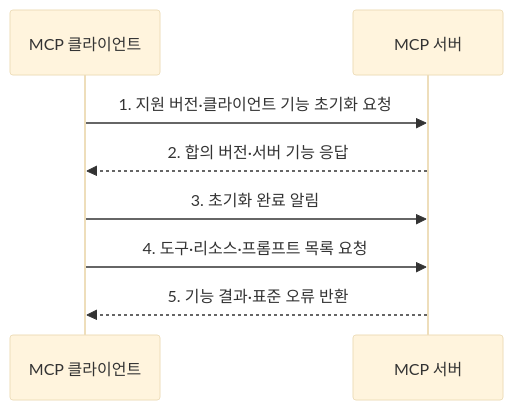
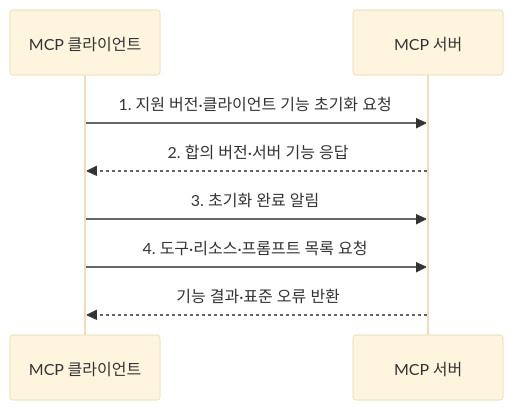
One commit to agnusdei1207/knowledge-base changed the second of 2 diagrams in src/content/docs/notes/08-latest-tech/006_model_context_protocol.md. Above: the diagram before and after it, drawn with Mermaid (base theme). The commit also changed other lines of this file and 225 other files, not shown here.

````diff
--- a/src/content/docs/notes/08-latest-tech/006_model_context_protocol.md
+++ b/src/content/docs/notes/08-latest-tech/006_model_context_protocol.md
@@ -78,10 +78,10 @@
 ```mermaid
 sequenceDiagram
     participant C as MCP 클라이언트
     participant S as MCP 서버
     C->>S: 1. 지원 버전·클라이언트 기능 초기화 요청
     S-->>C: 2. 합의 버전·서버 기능 응답
     C->>S: 3. 초기화 완료 알림
     C->>S: 4. 도구·리소스·프롬프트 목록 요청
-    S-->>C: 5. 기능 결과·표준 오류 반환
+    S-->>C: 기능 결과·표준 오류 반환
 ```
````
